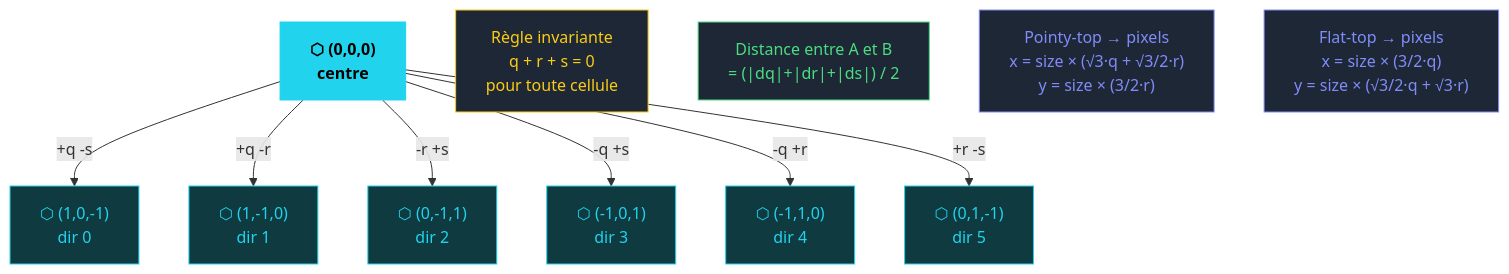
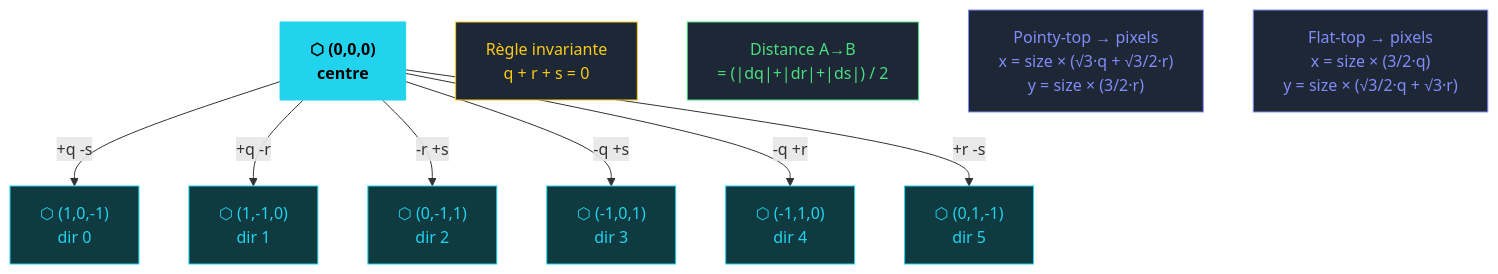
One commit to samszo/nanoTubeStory changed the ninth of 13 diagrams in docs/DIAGRAMS.md. Above: the diagram before and after it, drawn with Mermaid. The commit also changed other lines of this file and 2 other files, not shown here.

````diff
--- a/docs/DIAGRAMS.md
+++ b/docs/DIAGRAMS.md
@@ -490,36 +448,36 @@
 ```mermaid
 graph TB
     C["⬡ (0,0,0)\ncentre"]
 
     D0["⬡ (1,0,-1)\ndir 0"]
     D1["⬡ (1,-1,0)\ndir 1"]
     D2["⬡ (0,-1,1)\ndir 2"]
     D3["⬡ (-1,0,1)\ndir 3"]
     D4["⬡ (-1,1,0)\ndir 4"]
     D5["⬡ (0,1,-1)\ndir 5"]
 
     C -->|"+q -s"| D0
     C -->|"+q -r"| D1
     C -->|"-r +s"| D2
     C -->|"-q +s"| D3
     C -->|"-q +r"| D4
     C -->|"+r -s"| D5
 
-    RULE["Règle invariante\nq + r + s = 0\npour toute cellule"]
-    DIST["Distance entre A et B\n= (|dq|+|dr|+|ds|) / 2"]
+    RULE["Règle invariante\nq + r + s = 0"]
+    DIST["Distance A→B\n= (|dq|+|dr|+|ds|) / 2"]
 
     CONV1["Pointy-top → pixels\nx = size × (√3·q + √3/2·r)\ny = size × (3/2·r)"]
     CONV2["Flat-top → pixels\nx = size × (3/2·q)\ny = size × (√3/2·q + √3·r)"]
 
     style C    fill:#22d3ee,stroke:#22d3ee,color:#000,font-weight:bold
     style D0   fill:#0e3a40,stroke:#22d3ee,color:#22d3ee
     style D1   fill:#0e3a40,stroke:#22d3ee,color:#22d3ee
     style D2   fill:#0e3a40,stroke:#22d3ee,color:#22d3ee
     style D3   fill:#0e3a40,stroke:#22d3ee,color:#22d3ee
     style D4   fill:#0e3a40,stroke:#22d3ee,color:#22d3ee
     style D5   fill:#0e3a40,stroke:#22d3ee,color:#22d3ee
     style RULE fill:#1e2736,stroke:#facc15,color:#facc15
     style DIST fill:#1e2736,stroke:#4ade80,color:#4ade80
     style CONV1 fill:#1e2736,stroke:#818cf8,color:#818cf8
     style CONV2 fill:#1e2736,stroke:#818cf8,color:#818cf8
 ```
````
